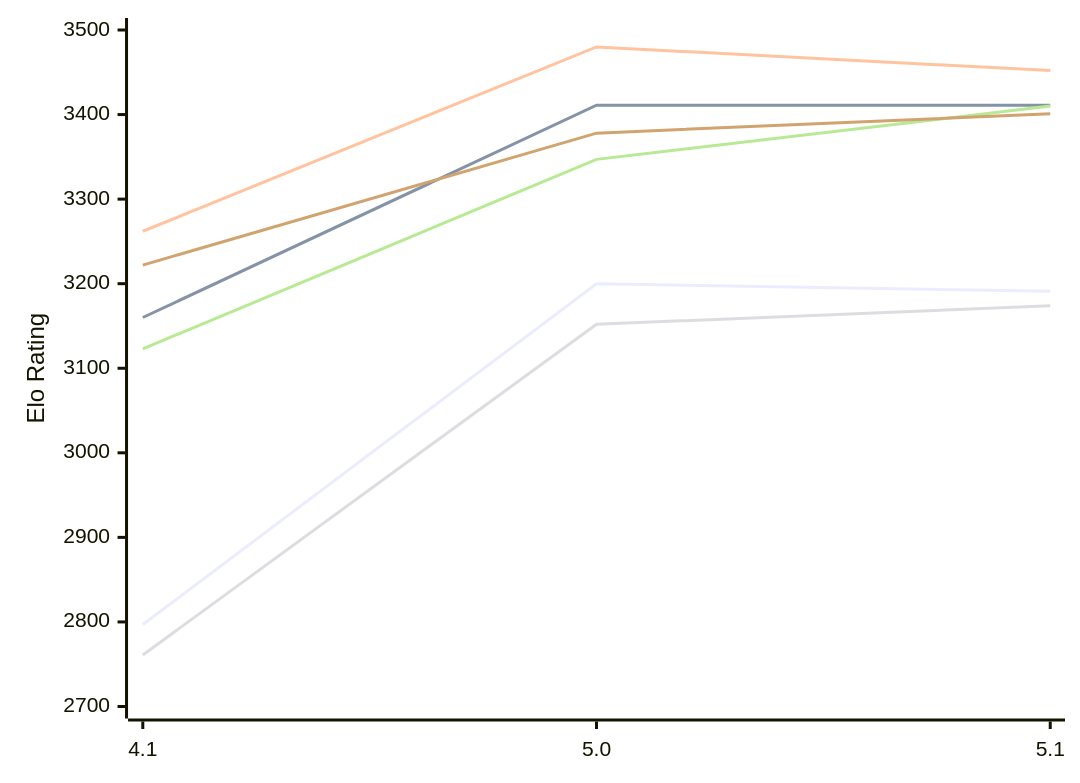
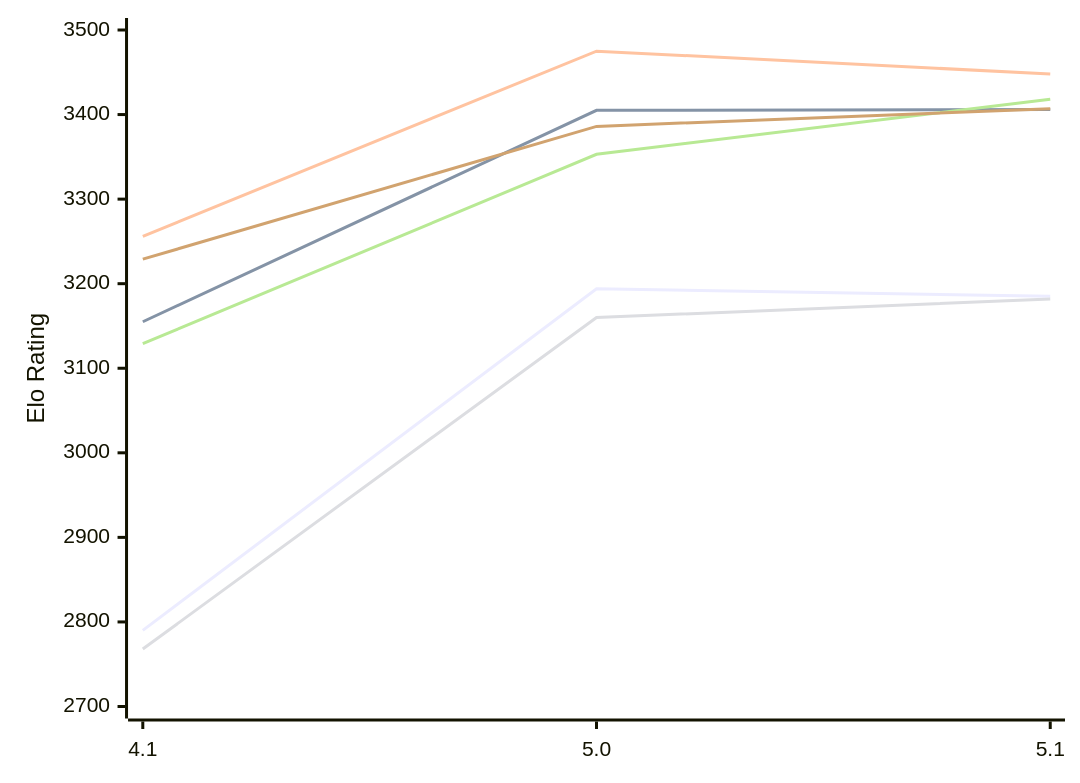
The diagram in engines/NarcNext.md (computer-chess-index/cci), drawn with Mermaid before and after one commit. The commit also changed other lines of this file, not shown here.

Commit message:
Update CCI Ratings (ELO VLTC) - 2026-11-18

````diff
--- a/engines/NarcNext.md
+++ b/engines/NarcNext.md
@@ -51,12 +51,12 @@
 ```mermaid
 %%{init: {"theme":"base","themeVariables":{"seriesColors:['#a3a3a3','#222221','#faa371']}}}%%
 xychart-beta
   x-axis ["4.1", "5.0", "5.1"]
   y-axis "Elo Rating" 2700 --> 3500
-  line "E1: STC (8.0+0.08s)" [2797, 3200, 3191]
-  line "E1: LTC (60.0+0.60s)" [3160, 3411, 3411]
-  line "E1: VLTC (2m24s+1.12s)" [3262, 3480, 3452]
-  line "P1: STC (8.0+0.08s)" [2761, 3152, 3174]
-  line "P1: LTC (60.0+0.60s)" [3123, 3347, 3410]
-  line "P1: VLTC (2m24s+1.12s)" [3222, 3378, 3401]
+  line "E1: STC (8.0+0.08s)" [2790, 3194, 3185]
+  line "E1: LTC (60.0+0.60s)" [3155, 3405, 3406]
+  line "E1: VLTC (2m24s+1.12s)" [3256, 3475, 3448]
+  line "P1: STC (8.0+0.08s)" [2768, 3160, 3182]
+  line "P1: LTC (60.0+0.60s)" [3129, 3353, 3418]
+  line "P1: VLTC (2m24s+1.12s)" [3229, 3386, 3407]
 ```
````
